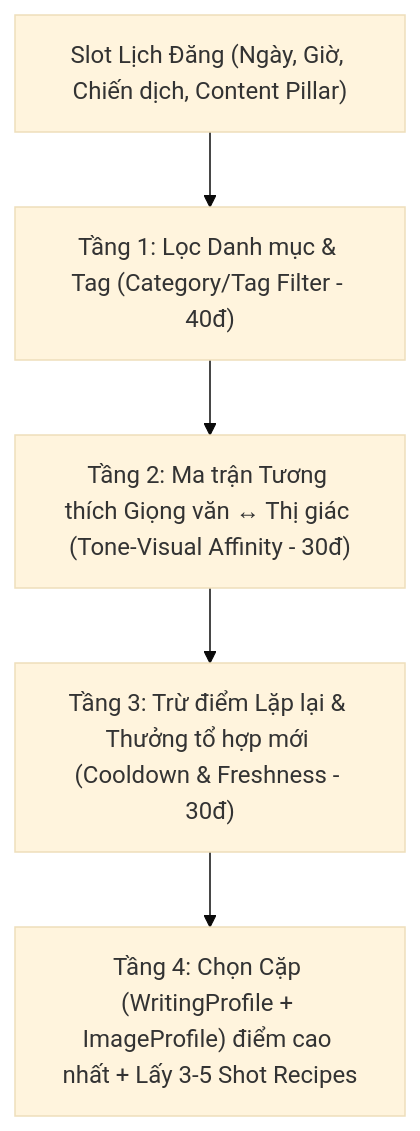
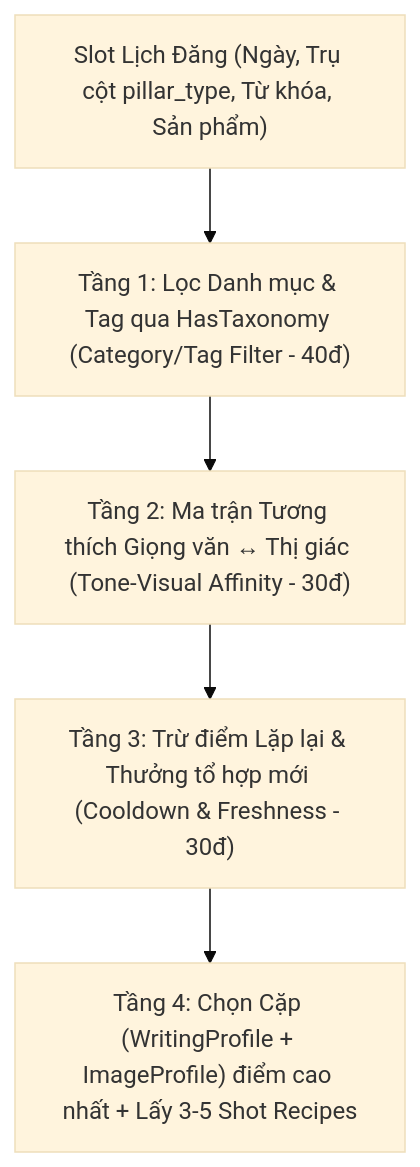
One commit to phamchitrung05/makert-temlate changed the second of 3 diagrams in docs/plans/SOCIAL_POST_WEEKLY_SCHEDULE_PLAN.md. Above: the diagram before and after it, drawn with Mermaid (base theme). The commit also changed other lines of this file, not shown here.

````diff
--- a/docs/plans/SOCIAL_POST_WEEKLY_SCHEDULE_PLAN.md
+++ b/docs/plans/SOCIAL_POST_WEEKLY_SCHEDULE_PLAN.md
@@ -61,8 +98,8 @@
 ```mermaid
 flowchart TD
-    INPUT["Slot Lịch Đăng (Ngày, Giờ, Chiến dịch, Content Pillar)"] --> T1
-    T1["Tầng 1: Lọc Danh mục & Tag (Category/Tag Filter - 40đ)"] --> T2
+    INPUT["Slot Lịch Đăng (Ngày, Trụ cột pillar_type, Từ khóa, Sản phẩm)"] --> T1
+    T1["Tầng 1: Lọc Danh mục & Tag qua HasTaxonomy (Category/Tag Filter - 40đ)"] --> T2
     T2["Tầng 2: Ma trận Tương thích Giọng văn ↔ Thị giác (Tone-Visual Affinity - 30đ)"] --> T3
     T3["Tầng 3: Trừ điểm Lặp lại & Thưởng tổ hợp mới (Cooldown & Freshness - 30đ)"] --> T4
     T4["Tầng 4: Chọn Cặp (WritingProfile + ImageProfile) điểm cao nhất + Lấy 3-5 Shot Recipes"]
 ```
````
